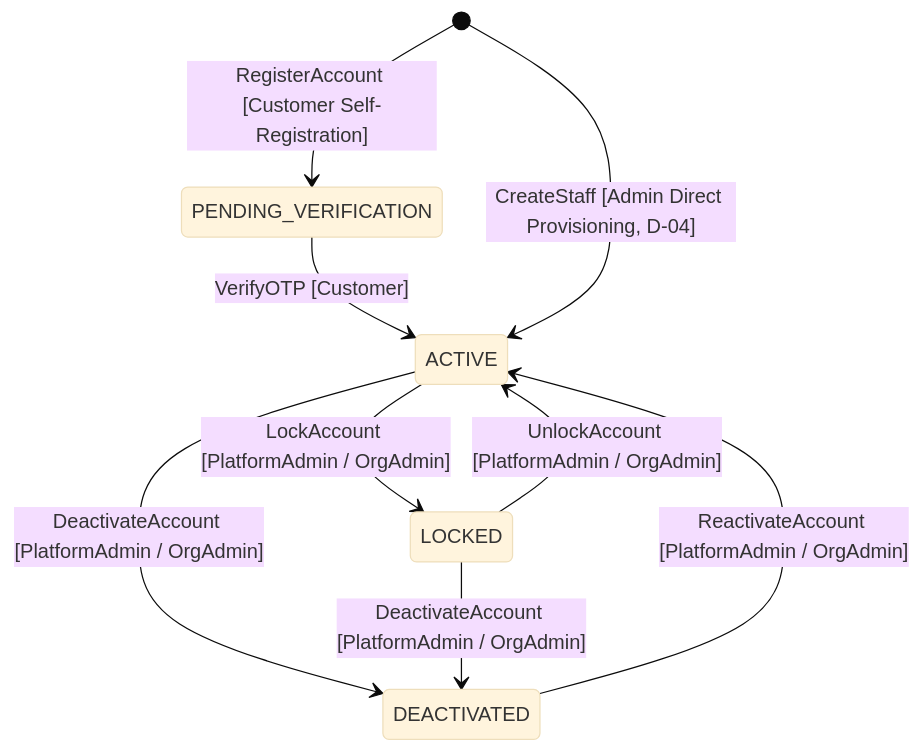
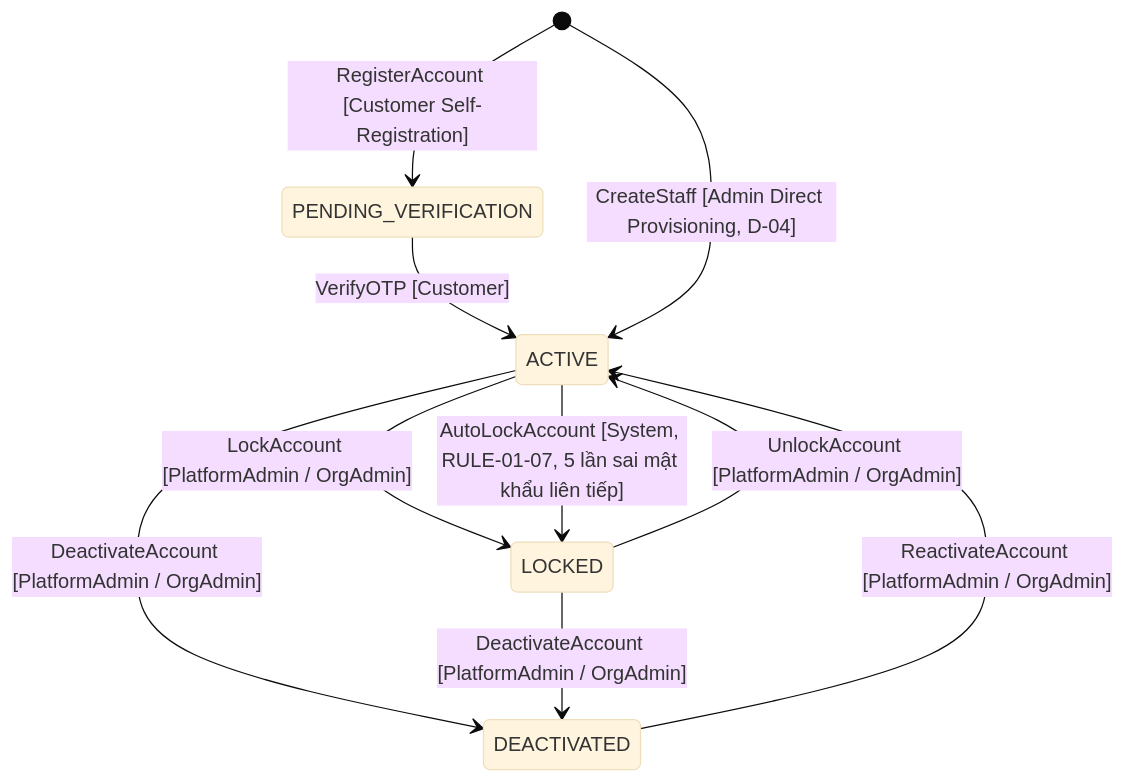
One commit to BVHC/Pet-care-new changed the first of 19 diagrams in docs/03-state-machines.md. Above: the diagram before and after it, drawn with Mermaid (base theme). The commit also changed other lines of this file and 36 other files, not shown here.

````diff
--- a/docs/03-state-machines.md
+++ b/docs/03-state-machines.md
@@ -9,11 +9,12 @@
 ```mermaid
 stateDiagram-v2
     [*] --> PENDING_VERIFICATION: RegisterAccount [Customer Self-Registration]
     PENDING_VERIFICATION --> ACTIVE: VerifyOTP [Customer]
     [*] --> ACTIVE: CreateStaff [Admin Direct Provisioning, D-04]
     ACTIVE --> LOCKED: LockAccount [PlatformAdmin / OrgAdmin]
+    ACTIVE --> LOCKED: AutoLockAccount [System, RULE-01-07, 5 lần sai mật khẩu liên tiếp]
     LOCKED --> ACTIVE: UnlockAccount [PlatformAdmin / OrgAdmin]
     ACTIVE --> DEACTIVATED: DeactivateAccount [PlatformAdmin / OrgAdmin]
     LOCKED --> DEACTIVATED: DeactivateAccount [PlatformAdmin / OrgAdmin]
     DEACTIVATED --> ACTIVE: ReactivateAccount [PlatformAdmin / OrgAdmin]
 ```
````
